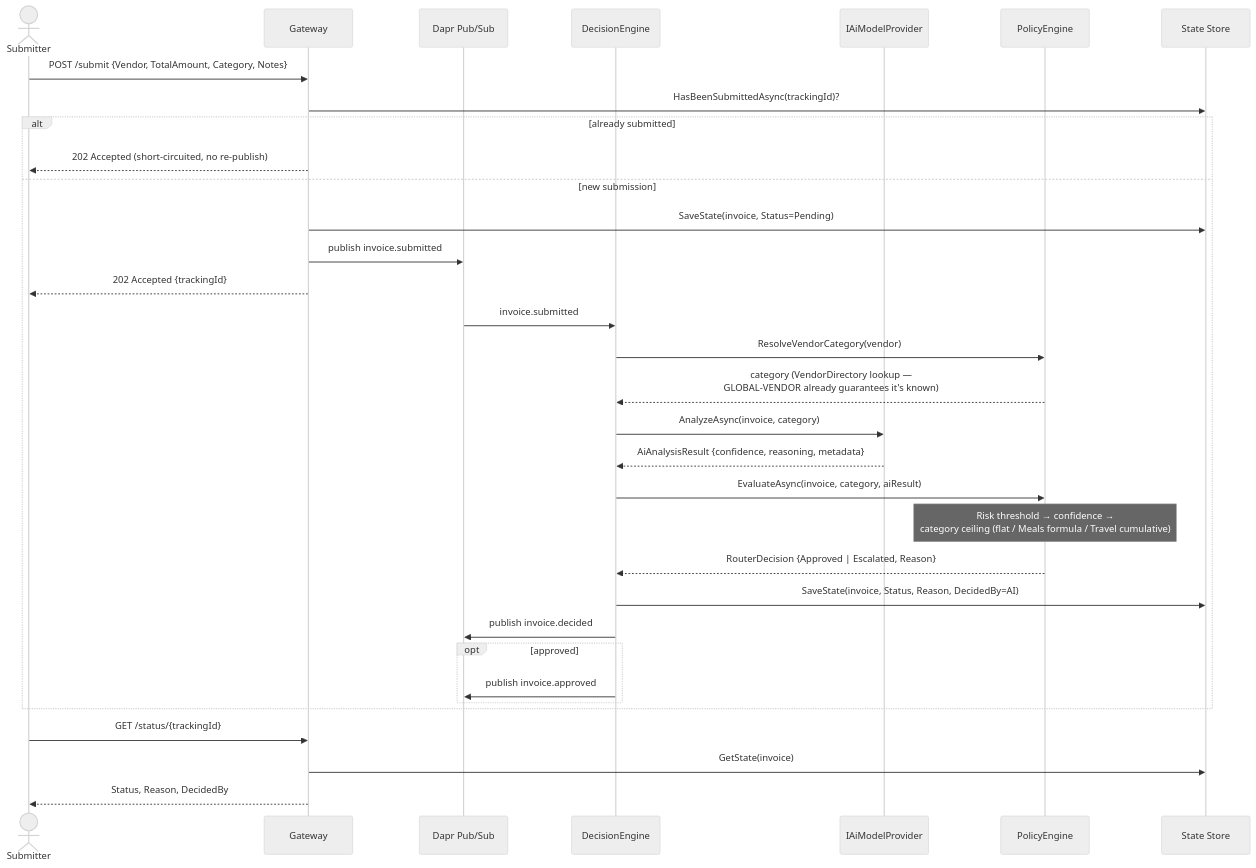
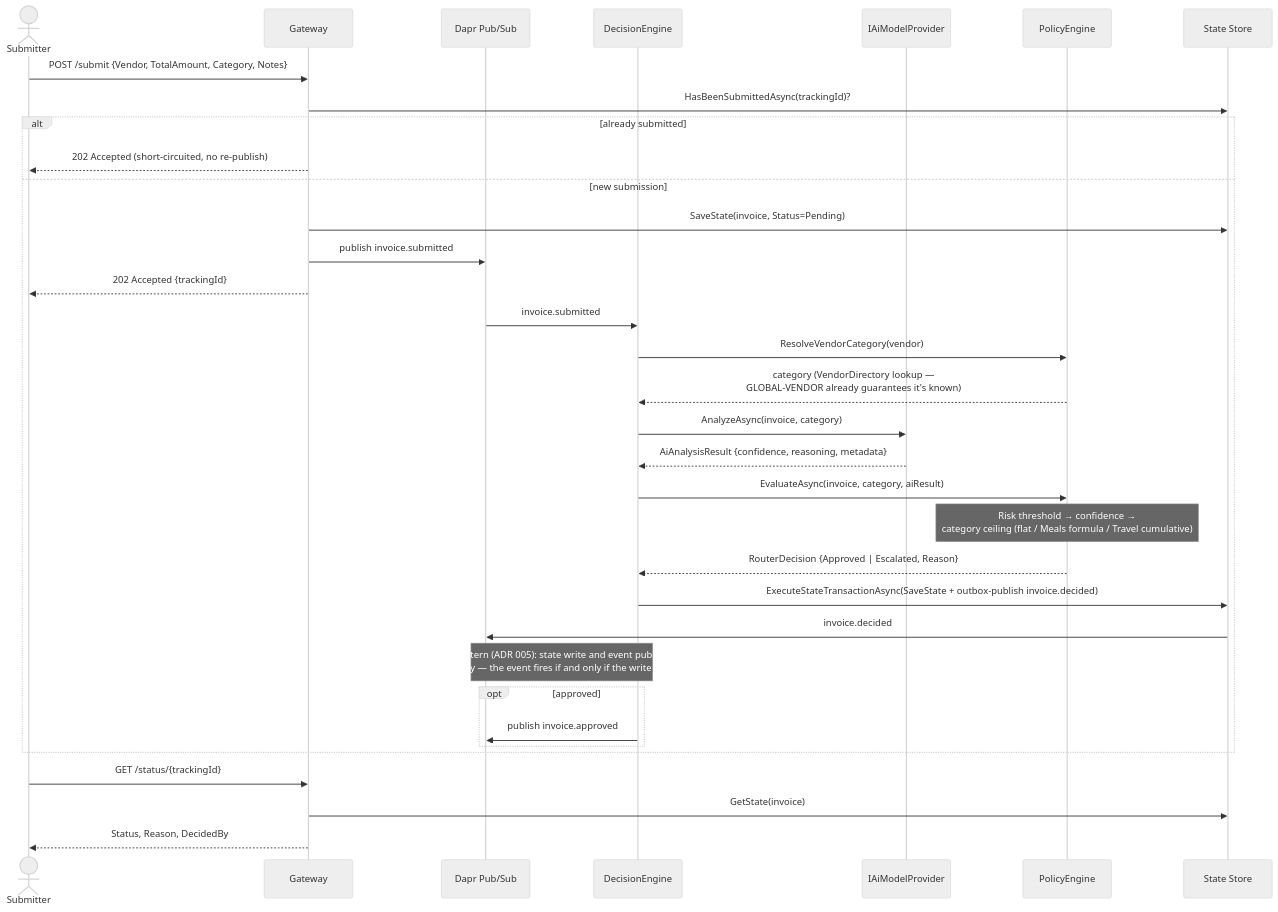
Before and after one commit to rivkaperets07/ApprovalFlow: the second of 3 diagrams in docs/ARCHITECTURE.md, drawn with Mermaid (neutral theme). The commit also changed other lines of this file and 2 other files, not shown here.

````diff
--- a/docs/ARCHITECTURE.md
+++ b/docs/ARCHITECTURE.md
@@ -29,36 +34,37 @@
 ```mermaid
 sequenceDiagram
     actor Submitter
     participant GW as Gateway
     participant Bus as Dapr Pub/Sub
     participant DE as DecisionEngine
     participant AI as IAiModelProvider
     participant PE as PolicyEngine
     participant Store as State Store
 
     Submitter->>GW: POST /submit {Vendor, TotalAmount, Category, Notes}
     GW->>Store: HasBeenSubmittedAsync(trackingId)?
     alt already submitted
         GW-->>Submitter: 202 Accepted (short-circuited, no re-publish)
     else new submission
         GW->>Store: SaveState(invoice, Status=Pending)
         GW->>Bus: publish invoice.submitted
         GW-->>Submitter: 202 Accepted {trackingId}
         Bus->>DE: invoice.submitted
         DE->>PE: ResolveVendorCategory(vendor)
         PE-->>DE: category (VendorDirectory lookup —<br/>GLOBAL-VENDOR already guarantees it's known)
         DE->>AI: AnalyzeAsync(invoice, category)
         AI-->>DE: AiAnalysisResult {confidence, reasoning, metadata}
         DE->>PE: EvaluateAsync(invoice, category, aiResult)
         Note over PE: Risk threshold → confidence →<br/>category ceiling (flat / Meals formula / Travel cumulative)
         PE-->>DE: RouterDecision {Approved | Escalated, Reason}
-        DE->>Store: SaveState(invoice, Status, Reason, DecidedBy=AI)
-        DE->>Bus: publish invoice.decided
+        DE->>Store: ExecuteStateTransactionAsync(SaveState + outbox-publish invoice.decided)
+        Store->>Bus: invoice.decided
+        Note over DE,Bus: Outbox pattern (ADR 005): state write and event publish commit<br/>atomically — the event fires if and only if the write succeeds
         opt approved
             DE->>Bus: publish invoice.approved
         end
     end
     Submitter->>GW: GET /status/{trackingId}
     GW->>Store: GetState(invoice)
     GW-->>Submitter: Status, Reason, DecidedBy
 ```
````
